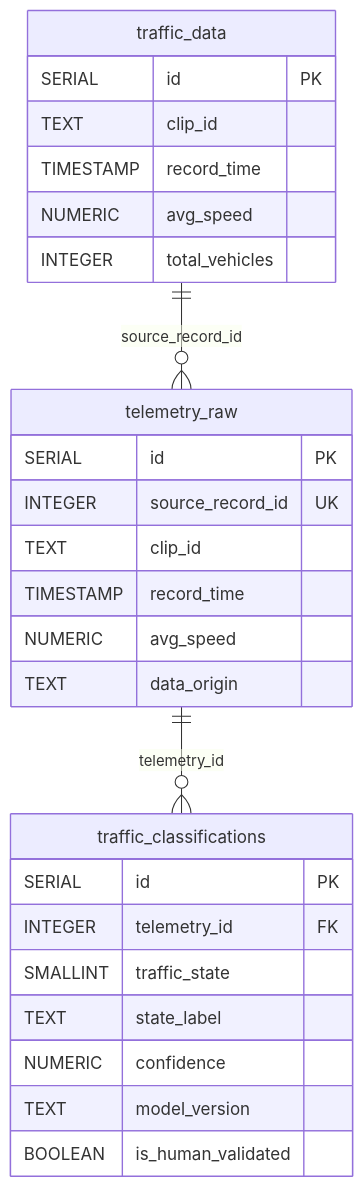
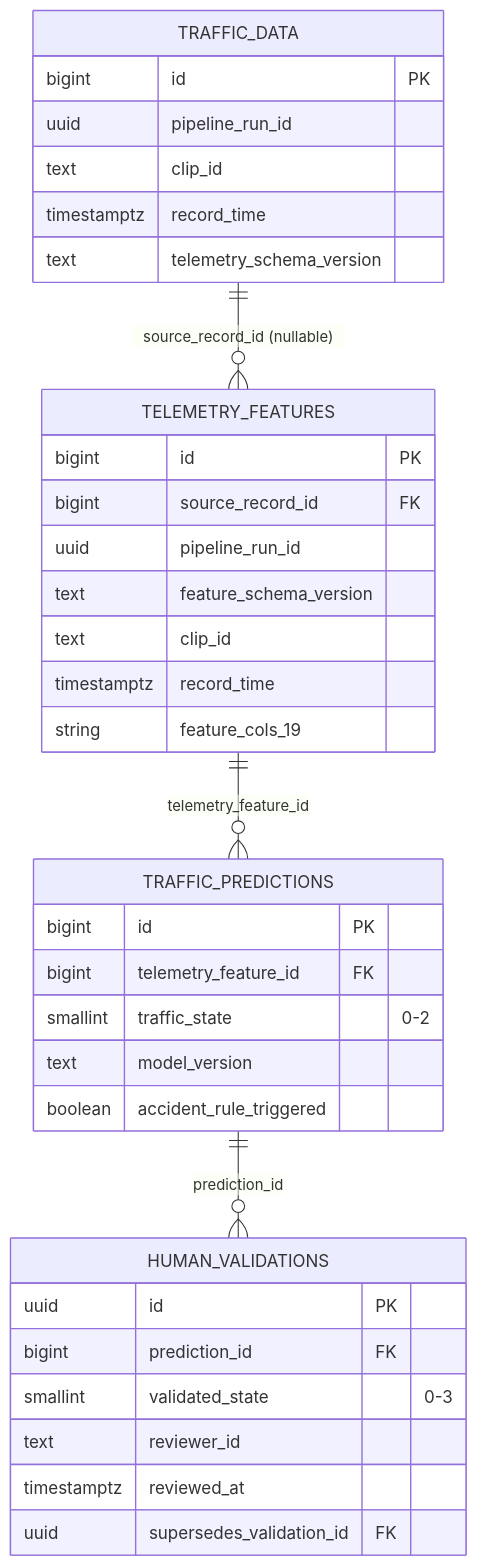
The diagram in docs/architecture/data-model.md (aka-titesen/vaaet), drawn with Mermaid before and after one commit. The commit also changed other lines of this file and 76 other files, not shown here.

````diff
--- a/docs/architecture/data-model.md
+++ b/docs/architecture/data-model.md
@@ -126,32 +9,38 @@
 ```mermaid
 erDiagram
-    traffic_data ||--o{ telemetry_raw : "source_record_id"
-    telemetry_raw ||--o{ traffic_classifications : "telemetry_id"
+    TRAFFIC_DATA ||--o{ TELEMETRY_FEATURES : "source_record_id (nullable)"
+    TELEMETRY_FEATURES ||--o{ TRAFFIC_PREDICTIONS : "telemetry_feature_id"
+    TRAFFIC_PREDICTIONS ||--o{ HUMAN_VALIDATIONS : "prediction_id"
 
-    traffic_data {
-        SERIAL id PK
-        TEXT clip_id
-        TIMESTAMP record_time
-        NUMERIC avg_speed
-        INTEGER total_vehicles
+    TRAFFIC_DATA {
+      bigint id PK
+      uuid pipeline_run_id
+      text clip_id
+      timestamptz record_time
+      text telemetry_schema_version
     }
-
-    telemetry_raw {
-        SERIAL id PK
-        INTEGER source_record_id UK
-        TEXT clip_id
-        TIMESTAMP record_time
-        NUMERIC avg_speed
-        TEXT data_origin
+    TELEMETRY_FEATURES {
+      bigint id PK
+      bigint source_record_id FK
+      uuid pipeline_run_id
+      text feature_schema_version
+      text clip_id
+      timestamptz record_time
+      string feature_cols_19
     }
-
-    traffic_classifications {
-        SERIAL id PK
-        INTEGER telemetry_id FK
-        SMALLINT traffic_state
-        TEXT state_label
-        NUMERIC confidence
-        TEXT model_version
-        BOOLEAN is_human_validated
+    TRAFFIC_PREDICTIONS {
+      bigint id PK
+      bigint telemetry_feature_id FK
+      smallint traffic_state "0-2"
+      text model_version
+      boolean accident_rule_triggered
+    }
+    HUMAN_VALIDATIONS {
+      uuid id PK
+      bigint prediction_id FK
+      smallint validated_state "0-3"
+      text reviewer_id
+      timestamptz reviewed_at
+      uuid supersedes_validation_id FK
     }
 ```
````
